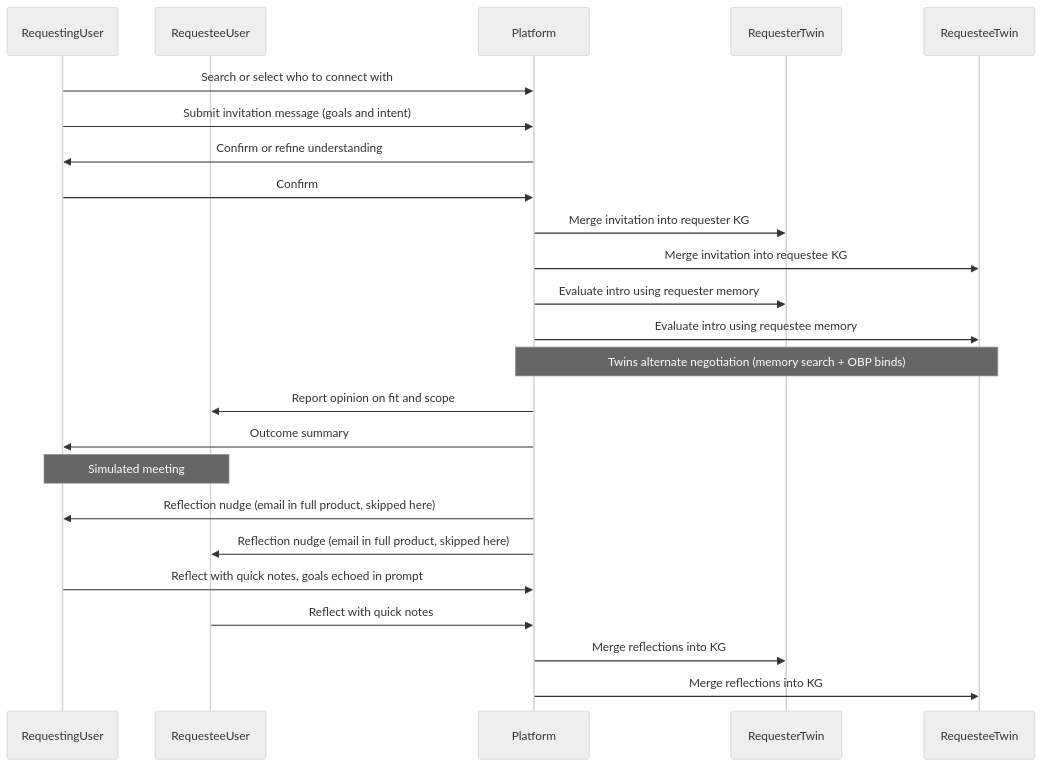
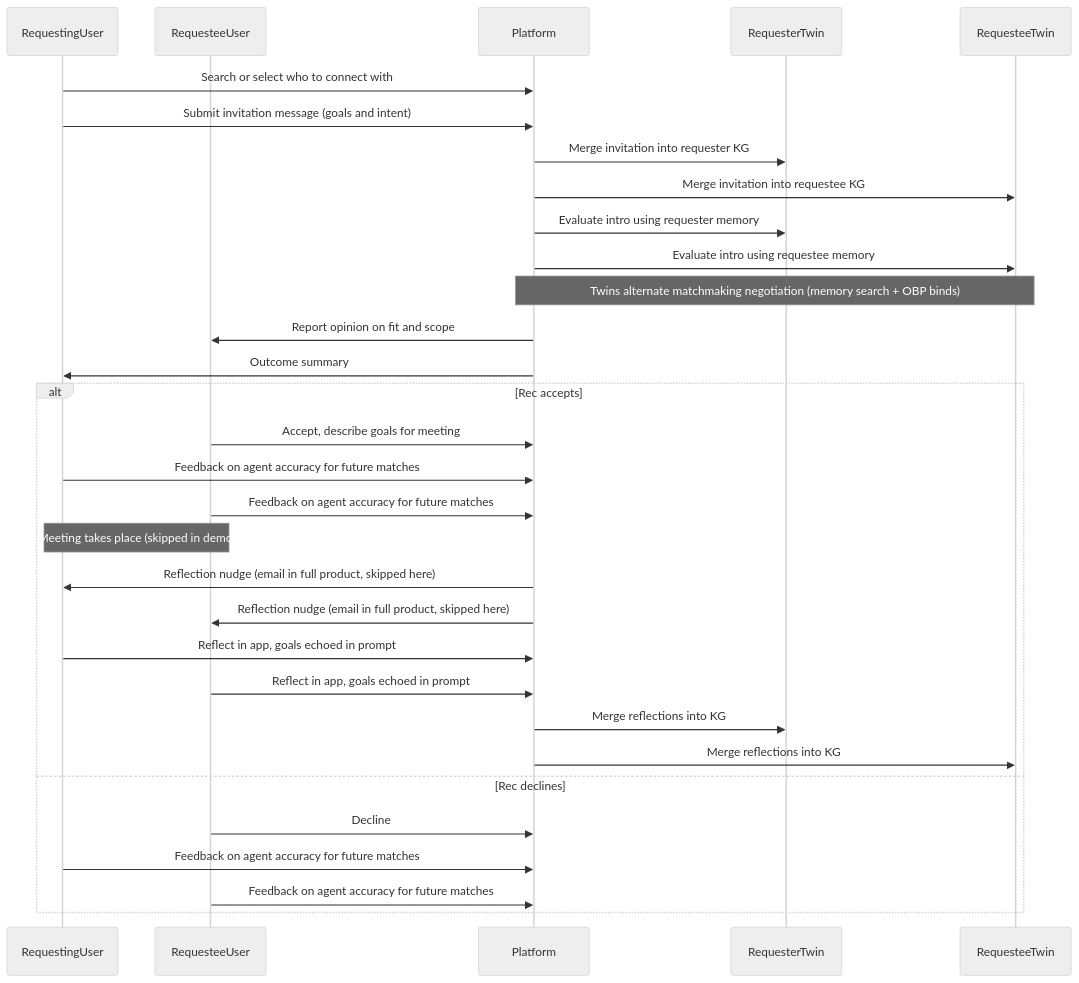
The diagram in apps/README.md (khoralabs/khora), drawn with Mermaid (neutral theme) before and after one commit. The commit also changed other lines of this file, not shown here.

Commit message:
refine sequence diagram flow

````diff
--- a/apps/README.md
+++ b/apps/README.md
@@ -57,27 +64,35 @@
 ```mermaid
 sequenceDiagram
   participant Req as RequestingUser
   participant Rec as RequesteeUser
   participant App as Platform
   participant Tr as RequesterTwin
   participant Te as RequesteeTwin
 
   Req->>App: Search or select who to connect with
   Req->>App: Submit invitation message (goals and intent)
-  App->>Req: Confirm or refine understanding
-  Req->>App: Confirm
   App->>Tr: Merge invitation into requester KG
   App->>Te: Merge invitation into requestee KG
   App->>Tr: Evaluate intro using requester memory
   App->>Te: Evaluate intro using requestee memory
-  Note over App,Te: Twins alternate negotiation (memory search + OBP binds)
+  Note over App,Te: Twins alternate matchmaking negotiation (memory search + OBP binds)
   App->>Rec: Report opinion on fit and scope
   App->>Req: Outcome summary
-  Note over Req,Rec: Simulated meeting
-  App->>Req: Reflection nudge (email in full product, skipped here)
-  App->>Rec: Reflection nudge (email in full product, skipped here)
-  Req->>App: Reflect with quick notes, goals echoed in prompt
-  Rec->>App: Reflect with quick notes
-  App->>Tr: Merge reflections into KG
-  App->>Te: Merge reflections into KG
+
+  alt Rec accepts
+    Rec->>App: Accept, describe goals for meeting
+    Req->>App: Feedback on agent accuracy for future matches
+    Rec->>App: Feedback on agent accuracy for future matches
+    Note over Req,Rec: Meeting takes place (skipped in demo)
+    App->>Req: Reflection nudge (email in full product, skipped here)
+    App->>Rec: Reflection nudge (email in full product, skipped here)
+    Req->>App: Reflect in app, goals echoed in prompt
+    Rec->>App: Reflect in app, goals echoed in prompt
+    App->>Tr: Merge reflections into KG
+    App->>Te: Merge reflections into KG
+  else Rec declines
+    Rec->>App: Decline
+    Req->>App: Feedback on agent accuracy for future matches
+    Rec->>App: Feedback on agent accuracy for future matches
+  end
 ```
````
